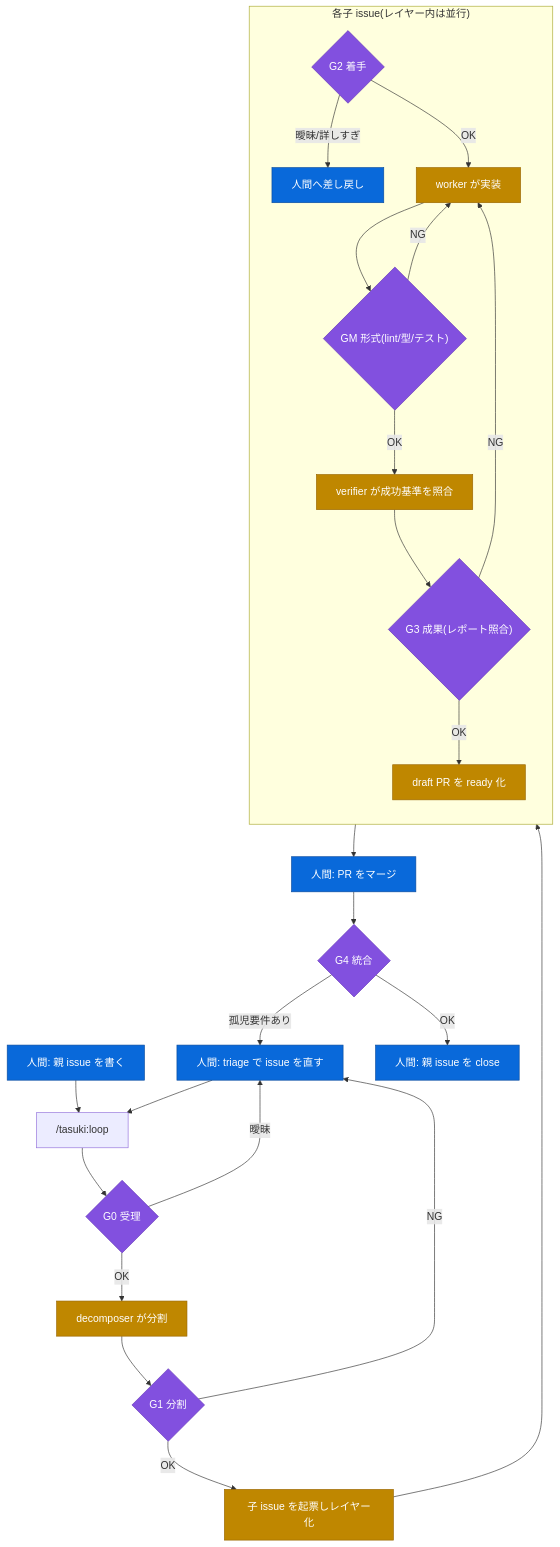
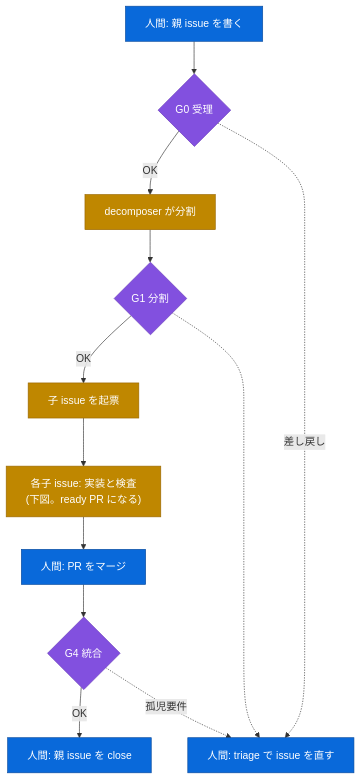
The first of 2 diagrams in README.md (reonyanarticle/tasuki), drawn with Mermaid before and after one commit. The commit also changed other lines of this file and 3 other files, not shown here.

First line of the commit message:
fix: README の図が読めていなかった問題を修正し、mermaid skill に描画確認の節を追加

````diff
--- a/README.md
+++ b/README.md
@@ -34,35 +34,22 @@
 ```mermaid
 flowchart TD
-    accTitle: tasuki の処理の流れ
-    accDescr: 人間が親 issue を書くと、G0 受理と G1 分割を経て子 issue に分かれる。各子は G2 着手、実装、GM 形式検査、G3 成果照合を通り、draft PR が ready になる。人間がマージした後、G4 統合を経て人間が親 issue を close する。各ゲートの差し戻しは triage として人間に戻る。
+    accTitle: tasuki の全体の流れ
+    accDescr: 人間が親 issue を書くと、G0 受理と G1 分割を経て子 issue に分かれる。各子はループが実装と検査を行い ready PR になる。人間がマージし、G4 統合を経て人間が親 issue を close する。ゲートの差し戻しは triage として人間に戻る。
     classDef human fill:#0969da,stroke:#0a4c9e,color:#fff
     classDef gate fill:#8250df,stroke:#6639ba,color:#fff
     classDef work fill:#bf8700,stroke:#9a6700,color:#fff
 
-    H0["人間: 親 issue を書く"]:::human --> L["/tasuki:loop"]
-    L --> G0{"G0 受理"}:::gate
-    G0 -->|"曖昧"| T["人間: triage で issue を直す"]:::human
-    T --> L
-    G0 -->|"OK"| D["decomposer が分割"]:::work
+    H0["人間: 親 issue を書く"]:::human --> G0{"G0 受理"}:::gate
+    G0 -->|OK| D["decomposer が分割"]:::work
     D --> G1{"G1 分割"}:::gate
-    G1 -->|"NG"| T
-    G1 -->|"OK"| C["子 issue を起票しレイヤー化"]:::work
+    G1 -->|OK| C["子 issue を起票"]:::work
+    C --> IN["各子 issue: 実装と検査<br/>(下図。ready PR になる)"]:::work
+    IN --> HM["人間: PR をマージ"]:::human
+    HM --> G4{"G4 統合"}:::gate
+    G4 -->|OK| HC["人間: 親 issue を close"]:::human
 
-    subgraph CHILD["各子 issue(レイヤー内は並行)"]
-        direction TB
-        G2{"G2 着手"}:::gate -->|"曖昧/詳しすぎ"| TT["人間へ差し戻し"]:::human
-        G2 -->|"OK"| W["worker が実装"]:::work
-        W --> GM{"GM 形式(lint/型/テスト)"}:::gate
-        GM -->|"NG"| W
-        GM -->|"OK"| V["verifier が成功基準を照合"]:::work
-        V --> G3{"G3 成果(レポート照合)"}:::gate
-        G3 -->|"NG"| W
-        G3 -->|"OK"| R["draft PR を ready 化"]:::work
-    end
-
-    C --> G2
-    R --> HM["人間: PR をマージ"]:::human
-    HM --> G4{"G4 統合"}:::gate
-    G4 -->|"孤児要件あり"| T
-    G4 -->|"OK"| HC["人間: 親 issue を close"]:::human
+    T["人間: triage で issue を直す"]:::human
+    G0 -.->|差し戻し| T
+    G1 -.-> T
+    G4 -.->|孤児要件| T
 ```
````
